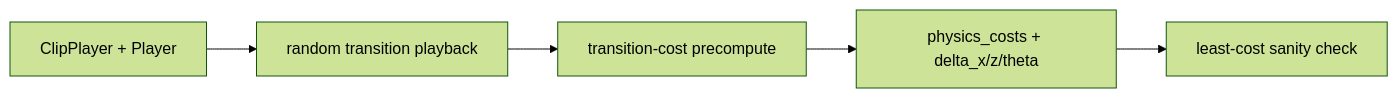
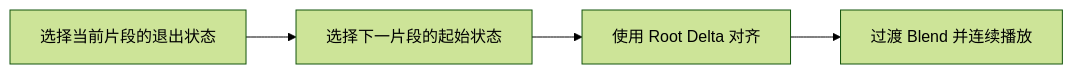
The fifth of 7 diagrams in docs/blog/AnimationPapers/near_optimal_character_animation_with_continuous_control/README.md (EvihGraphics/AnimationTech-HTC), drawn with Mermaid (forest theme) before and after one commit. The commit also changed other lines of this file and 17 other files, not shown here.

Commit message:
docs(blog): standardize AnimationPapers and Theory with modular mermaid flows and media assets

````diff
--- a/docs/blog/AnimationPapers/near_optimal_character_animation_with_continuous_control/README.md
+++ b/docs/blog/AnimationPapers/near_optimal_character_animation_with_continuous_control/README.md
@@ -90,7 +118,6 @@
 ```mermaid
 flowchart LR
-    P[ClipPlayer + Player] --> R[random transition playback]
-    R --> C[transition-cost precompute]
-    C --> D[physics_costs + delta_x/z/theta]
-    D --> S[least-cost sanity check]
+    A[选择当前片段的退出状态] --> B[选择下一片段的起始状态]
+    B --> C[使用 Root Delta 对齐]
+    C --> D[过渡 Blend 并连续播放]
 ```
````
